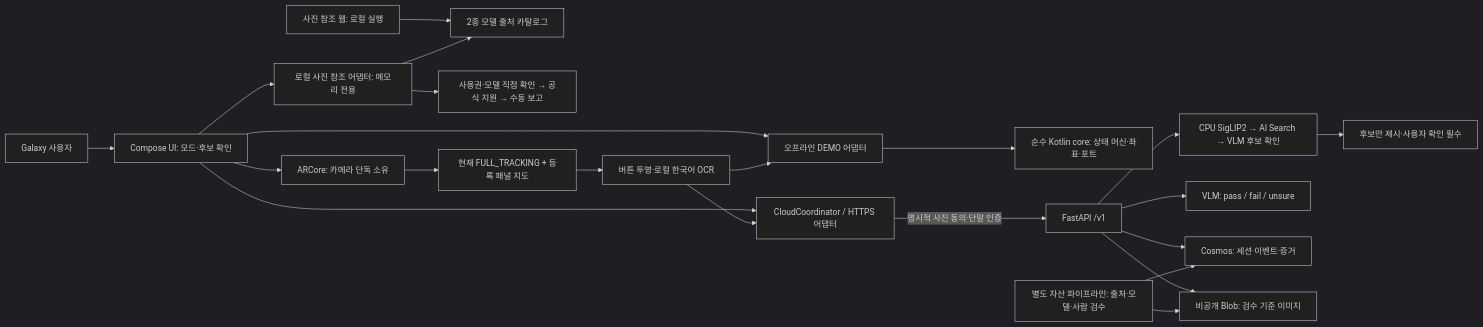
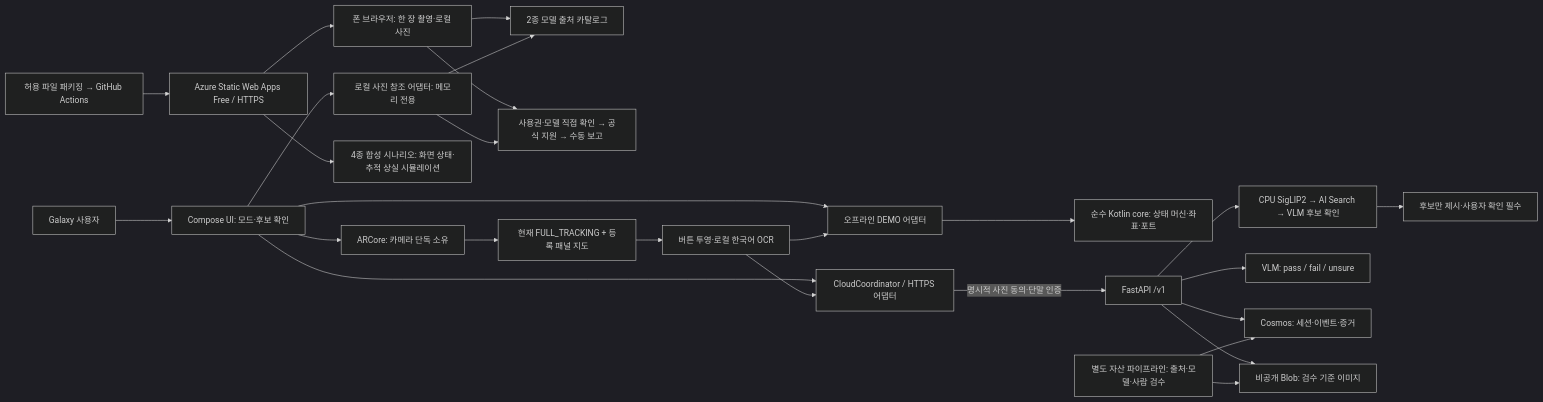
The first of 3 diagrams in README.md (daeungo1/visual-product-recognition), drawn with Mermaid (dark theme) before and after one commit. The commit also changed other lines of this file and 11 other files, not shown here.

First line of the commit message:
feat: publish install-free mobile web demo on Azure

````diff
--- a/README.md
+++ b/README.md
@@ -173,24 +194,28 @@
 ```mermaid
 flowchart LR
     User["Galaxy 사용자"] --> UI["Compose UI: 모드·후보 확인"]
     UI --> Photo["로컬 사진 참조 어댑터: 메모리 전용"]
-    Browser["사진 참조 웹: 로컬 실행"] --> Sources["2종 모델 출처 카탈로그"]
+    Publish["허용 파일 패키징 → GitHub Actions"] --> SWA["Azure Static Web Apps Free / HTTPS"]
+    SWA --> Browser["폰 브라우저: 한 장 촬영·로컬 사진"]
+    Browser --> Sources["2종 모델 출처 카탈로그"]
+    Browser --> Manual
+    SWA --> Sim["4종 합성 시나리오: 화면 상태·추적 상실 시뮬레이션"]
     Photo --> Sources
     Photo --> Manual["사용권·모델 직접 확인 → 공식 지원 → 수동 보고"]
     UI --> Offline["오프라인 DEMO 어댑터"]
     Offline --> Core["순수 Kotlin core: 상태 머신·좌표·포트"]
     UI --> Client["CloudCoordinator / HTTPS 어댑터"]
     UI --> AR["ARCore: 카메라 단독 소유"]
     AR --> Track["현재 FULL_TRACKING + 등록 패널 지도"]
     Track --> Overlay["버튼 투영·로컬 한국어 OCR"]
     Overlay --> Offline
     Overlay --> Client
     Client -->|"명시적 사진 동의·단말 인증"| API["FastAPI /v1"]
     API --> Identify["CPU SigLIP2 → AI Search → VLM 후보 확인"]
     API --> Verify["VLM: pass / fail / unsure"]
     API --> Cosmos["Cosmos: 세션·이벤트·증거"]
     API --> Blob["비공개 Blob: 검수 기준 이미지"]
     Pipeline["별도 자산 파이프라인: 출처·모델·사람 검수"] --> Blob
     Pipeline --> Cosmos
     Identify --> Candidate["후보만 제시·사용자 확인 필수"]
 ```
````
